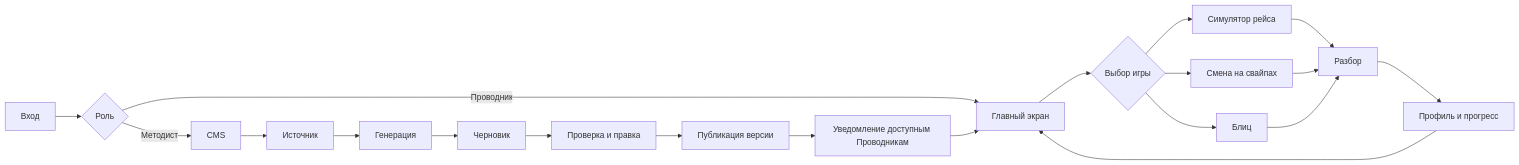
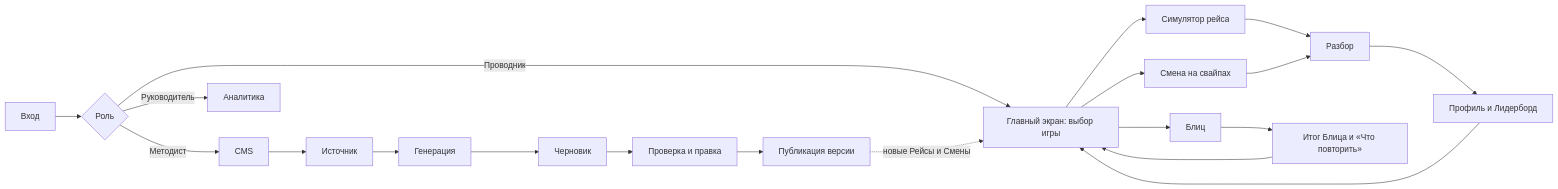
Before and after one commit to MolinRE/TurboSquadApp: the first of 3 diagrams in docs/user-flow.md, drawn with Mermaid. The commit also changed other lines of this file, not shown here.

Commit message:
docs: актуализировать User Flow и сделать его понятнее

````diff
--- a/docs/user-flow.md
+++ b/docs/user-flow.md
@@ -18,24 +32,25 @@
 ```mermaid
 flowchart LR
     login["Вход"] --> role{"Роль"}
 
-    role -->|Проводник| home["Главный экран"]
-    home --> game{"Выбор игры"}
-    game --> trip["Симулятор рейса"]
-    game --> swipe["Смена на свайпах"]
-    game --> blitz["Блиц"]
+    role -->|Проводник| home["Главный экран: выбор игры"]
+    home --> trip["Симулятор рейса"]
+    home --> swipe["Смена на свайпах"]
+    home --> blitz["Блиц"]
     trip --> debrief["Разбор"]
     swipe --> debrief
-    blitz --> debrief
-    debrief --> profile["Профиль и прогресс"]
+    blitz --> blitzResult["Итог Блица и «Что повторить»"]
+    debrief --> profile["Профиль и Лидерборд"]
+    blitzResult --> home
     profile --> home
 
     role -->|Методист| cms["CMS"]
     cms --> source["Источник"]
     source --> generate["Генерация"]
     generate --> draft["Черновик"]
     draft --> review["Проверка и правка"]
     review --> publish["Публикация версии"]
-    publish --> notify["Уведомление доступным Проводникам"]
-    notify --> home
+    publish -.->|"новые Рейсы и Смены"| home
+
+    role -->|Руководитель| analytics["Аналитика"]
 ```
````
